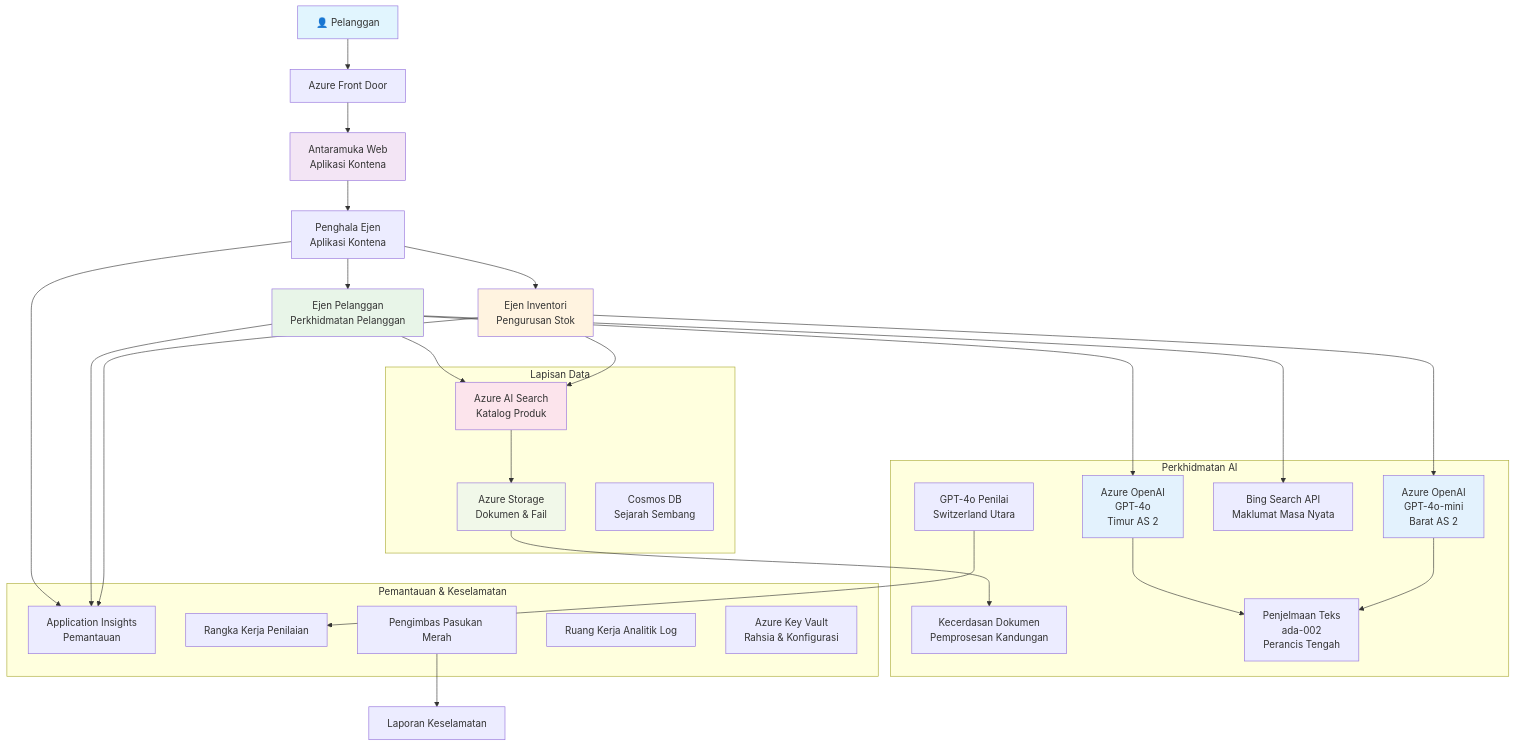
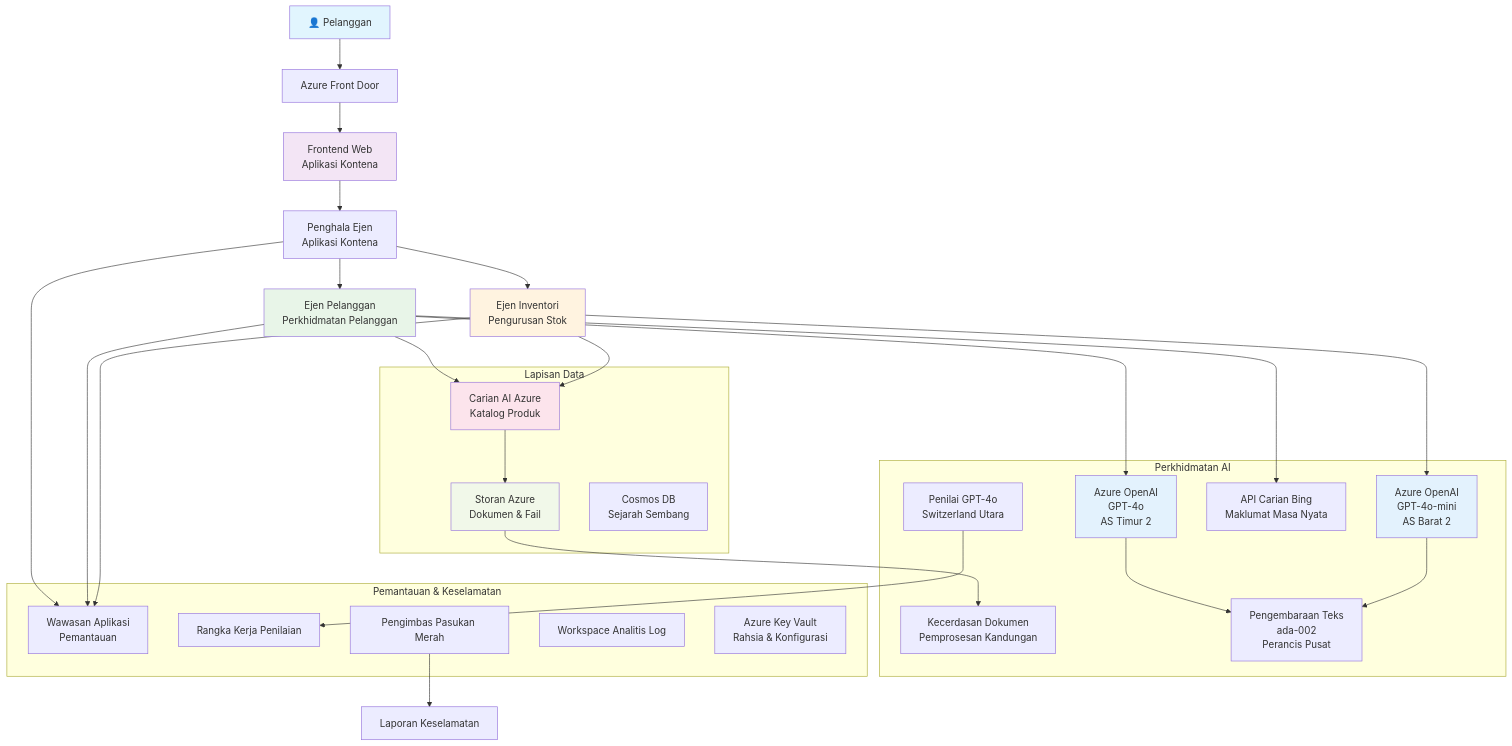
Before and after one commit to microsoft/AZD-for-beginners: the diagram in translations/ms/examples/retail-scenario.md, drawn with Mermaid. The commit also changed other lines of this file and 242 other files, not shown here.

````diff
--- a/translations/ms/examples/retail-scenario.md
+++ b/translations/ms/examples/retail-scenario.md
@@ -148,61 +139,61 @@
 ```mermaid
 graph TB
     User[👤 Pelanggan] --> LB[Azure Front Door]
-    LB --> WebApp[Antaramuka Web<br/>Aplikasi Kontena]
+    LB --> WebApp[Frontend Web<br/>Aplikasi Kontena]
     
     WebApp --> Router[Penghala Ejen<br/>Aplikasi Kontena]
     Router --> CustomerAgent[Ejen Pelanggan<br/>Perkhidmatan Pelanggan]
     Router --> InvAgent[Ejen Inventori<br/>Pengurusan Stok]
     
-    CustomerAgent --> OpenAI1[Azure OpenAI<br/>GPT-4o<br/>Timur AS 2]
-    InvAgent --> OpenAI2[Azure OpenAI<br/>GPT-4o-mini<br/>Barat AS 2]
+    CustomerAgent --> OpenAI1[Azure OpenAI<br/>GPT-4o<br/>AS Timur 2]
+    InvAgent --> OpenAI2[Azure OpenAI<br/>GPT-4o-mini<br/>AS Barat 2]
     
-    CustomerAgent --> AISearch[Azure AI Search<br/>Katalog Produk]
-    CustomerAgent --> BingSearch[Bing Search API<br/>Maklumat Masa Nyata]
+    CustomerAgent --> AISearch[Carian AI Azure<br/>Katalog Produk]
+    CustomerAgent --> BingSearch[API Carian Bing<br/>Maklumat Masa Nyata]
     InvAgent --> AISearch
     
-    AISearch --> Storage[Azure Storage<br/>Dokumen & Fail]
+    AISearch --> Storage[Storan Azure<br/>Dokumen & Fail]
     Storage --> DocIntel[Kecerdasan Dokumen<br/>Pemprosesan Kandungan]
     
-    OpenAI1 --> Embeddings[Penjelmaan Teks<br/>ada-002<br/>Perancis Tengah]
+    OpenAI1 --> Embeddings[Pengembaraan Teks<br/>ada-002<br/>Perancis Pusat]
     OpenAI2 --> Embeddings
     
-    Router --> AppInsights[Application Insights<br/>Pemantauan]
+    Router --> AppInsights[Wawasan Aplikasi<br/>Pemantauan]
     CustomerAgent --> AppInsights
     InvAgent --> AppInsights
     
-    GraderModel[GPT-4o Penilai<br/>Switzerland Utara] --> Evaluation[Rangka Kerja Penilaian]
+    GraderModel[Penilai GPT-4o<br/>Switzerland Utara] --> Evaluation[Rangka Kerja Penilaian]
     RedTeam[Pengimbas Pasukan Merah] --> SecurityReports[Laporan Keselamatan]
     
     subgraph "Lapisan Data"
         Storage
         AISearch
         CosmosDB[Cosmos DB<br/>Sejarah Sembang]
     end
     
     subgraph "Perkhidmatan AI"
         OpenAI1
         OpenAI2
         Embeddings
         GraderModel
         DocIntel
         BingSearch
     end
     
     subgraph "Pemantauan & Keselamatan"
         AppInsights
-        LogAnalytics[Ruang Kerja Analitik Log]
+        LogAnalytics[Workspace Analitis Log]
         KeyVault[Azure Key Vault<br/>Rahsia & Konfigurasi]
         RedTeam
         Evaluation
     end
     
     style User fill:#e1f5fe
     style WebApp fill:#f3e5f5
     style CustomerAgent fill:#e8f5e8
     style InvAgent fill:#fff3e0
     style OpenAI1 fill:#e3f2fd
     style OpenAI2 fill:#e3f2fd
     style AISearch fill:#fce4ec
     style Storage fill:#f1f8e9
-```
+```  
````
